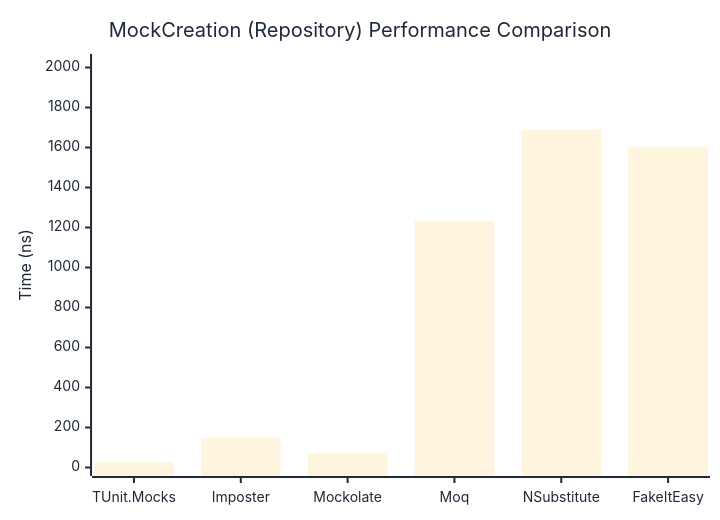
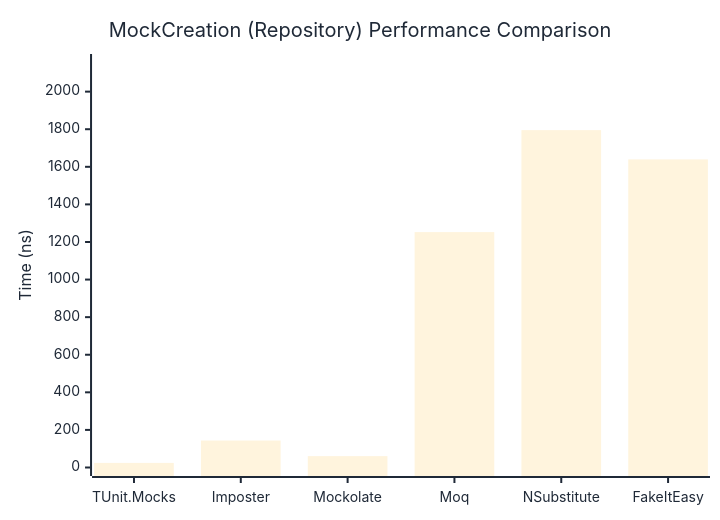
Before and after one commit to thomhurst/TUnit: the second of 2 diagrams in docs/docs/benchmarks/mocks/MockCreation.md, drawn with Mermaid. The commit also changed other lines of this file and 14 other files, not shown here.

````diff
--- a/docs/docs/benchmarks/mocks/MockCreation.md
+++ b/docs/docs/benchmarks/mocks/MockCreation.md
@@ -69,27 +69,27 @@
 ```mermaid
 %%{init: {
   'theme':'base',
   'themeVariables': {
     'primaryColor': '#2563eb',
     'primaryTextColor': '#1f2937',
     'primaryBorderColor': '#1e40af',
     'lineColor': '#6b7280',
     'secondaryColor': '#7c3aed',
     'tertiaryColor': '#dc2626',
     'background': '#ffffff',
     'pie1': '#2563eb',
     'pie2': '#7c3aed',
     'pie3': '#dc2626',
     'pie4': '#f59e0b',
     'pie5': '#10b981',
     'pie6': '#06b6d4',
     'pie7': '#ec4899',
     'pie8': '#6366f1'
   }
 }}%%
 xychart-beta
   title "MockCreation (Repository) Performance Comparison"
   x-axis ["TUnit.Mocks", "Imposter", "Mockolate", "Moq", "NSubstitute", "FakeItEasy"]
-  y-axis "Time (ns)" 0 --> 2025
-  bar [26.13, 149.32, 71.12, 1233.41, 1687.49, 1603.81]
+  y-axis "Time (ns)" 0 --> 2155
+  bar [24.47, 143.52, 60.55, 1252.59, 1795.12, 1639.39]
 ```
````
